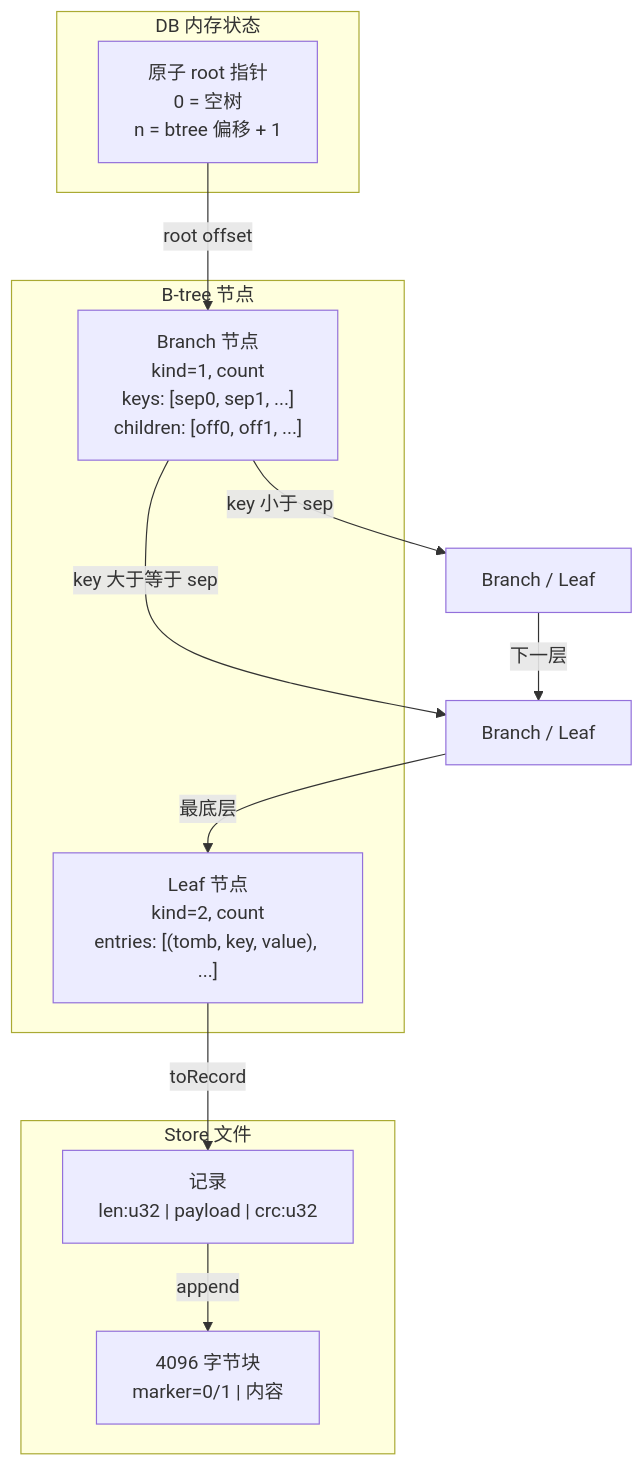
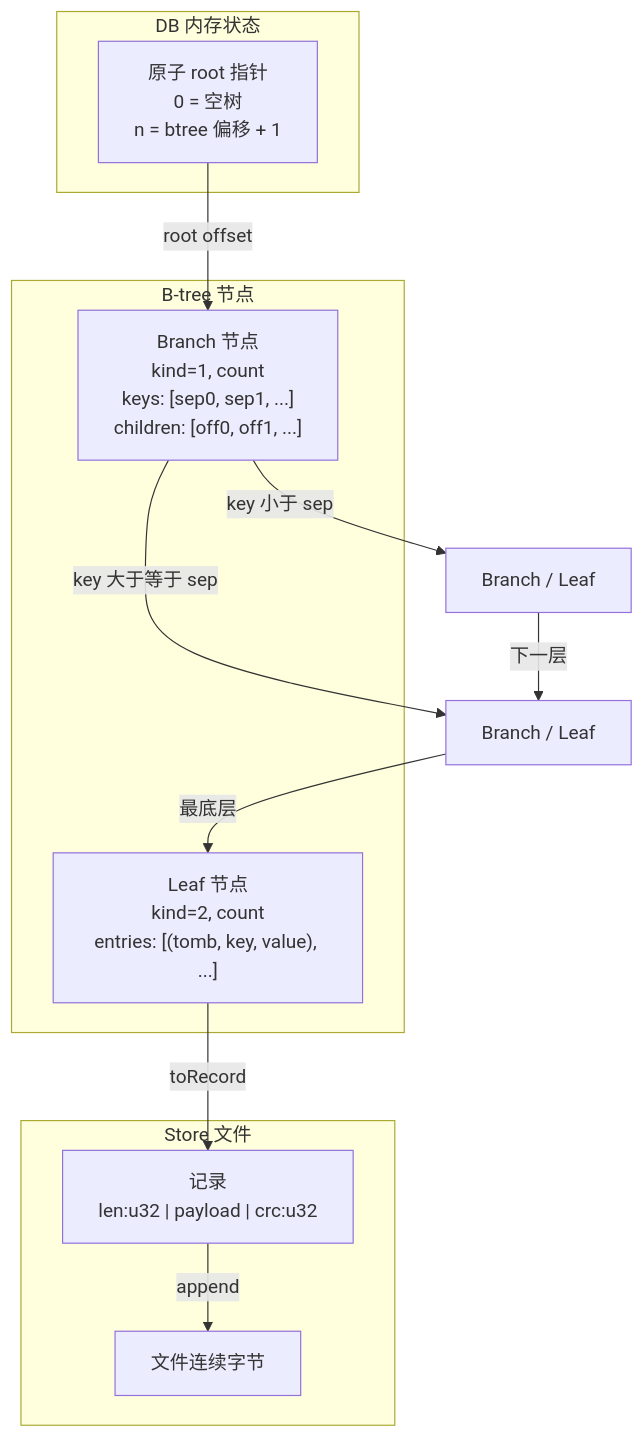
One commit to tt67wq/cube_db changed the diagram in docs/tutorial/04-btree.md. Above: the diagram before and after it, drawn with Mermaid. The commit also changed other lines of this file and 9 other files, not shown here.

````diff
--- a/docs/tutorial/04-btree.md
+++ b/docs/tutorial/04-btree.md
@@ -302,24 +325,24 @@
 ```mermaid
 graph TD
     subgraph "DB 内存状态"
         Root["原子 root 指针<br/>0 = 空树<br/>n = btree 偏移 + 1"]
     end
 
     subgraph "B-tree 节点"
         Branch["Branch 节点<br/>kind=1, count<br/>keys: [sep0, sep1, ...]<br/>children: [off0, off1, ...]"]
         Leaf["Leaf 节点<br/>kind=2, count<br/>entries: [(tomb, key, value), ...]"]
     end
 
     subgraph "Store 文件"
         Record["记录<br/>len:u32 | payload | crc:u32"]
-        Block["4096 字节块<br/>marker=0/1 | 内容"]
+        FileBytes["连续字节<br/>逻辑==物理"]
     end
 
     Root -->|root offset| Branch
     Branch -->|key 小于 sep| BranchChild1["Branch / Leaf"]
     Branch -->|key 大于等于 sep| BranchChild2["Branch / Leaf"]
     BranchChild1 -->|下一层| BranchChild2
     BranchChild2 -->|最底层| Leaf
     Leaf -->|toRecord| Record
-    Record -->|append| Block
+    Record -->|append| FileBytes["文件连续字节"]
 ```
````
